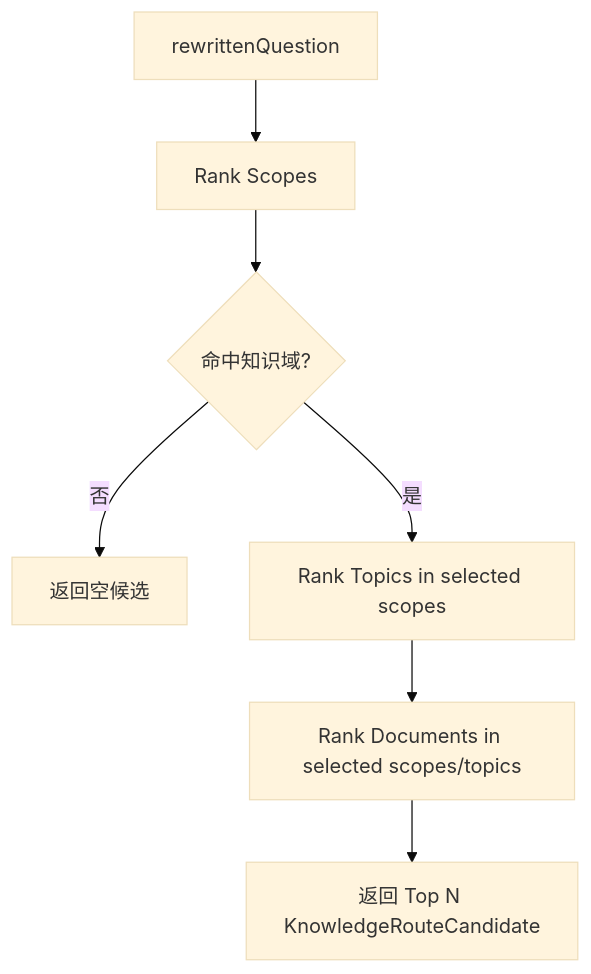
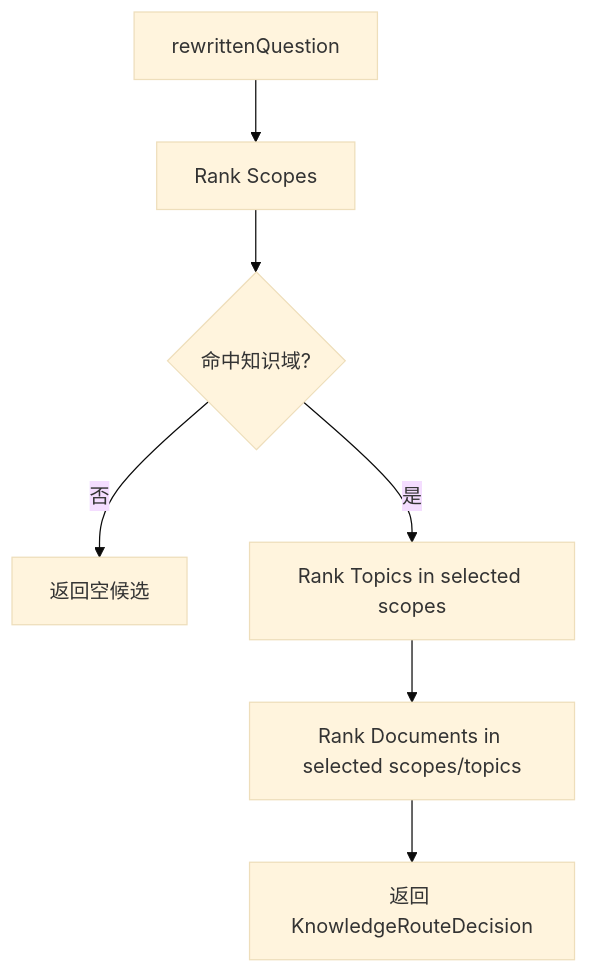
Before and after one commit to sciuridae799/LabMind: the fourth of 6 diagrams in docs/chat-rag-phase2.md, drawn with Mermaid (base theme). The commit also changed other lines of this file and 339 other files, not shown here.

````diff
--- a/docs/chat-rag-phase2.md
+++ b/docs/chat-rag-phase2.md
@@ -163,9 +168,9 @@
 ```mermaid
 flowchart TD
     A[rewrittenQuestion] --> B[Rank Scopes]
     B --> C{命中知识域?}
     C -- 否 --> D[返回空候选]
     C -- 是 --> E[Rank Topics in selected scopes]
     E --> F[Rank Documents in selected scopes/topics]
-    F --> G[返回 Top N KnowledgeRouteCandidate]
+    F --> G[返回 KnowledgeRouteDecision]
 ```
````
